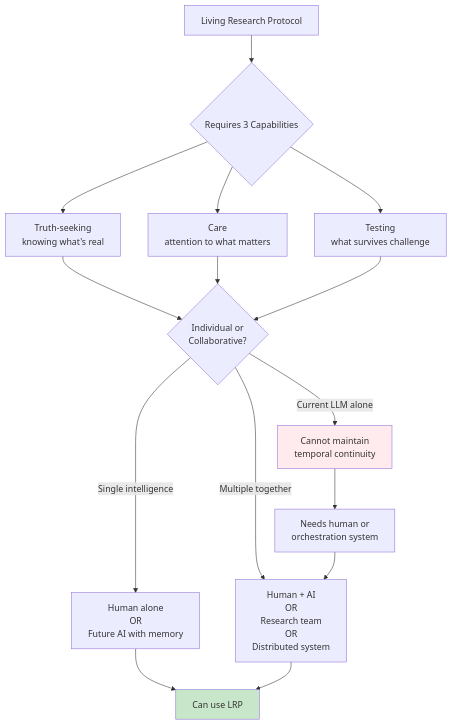
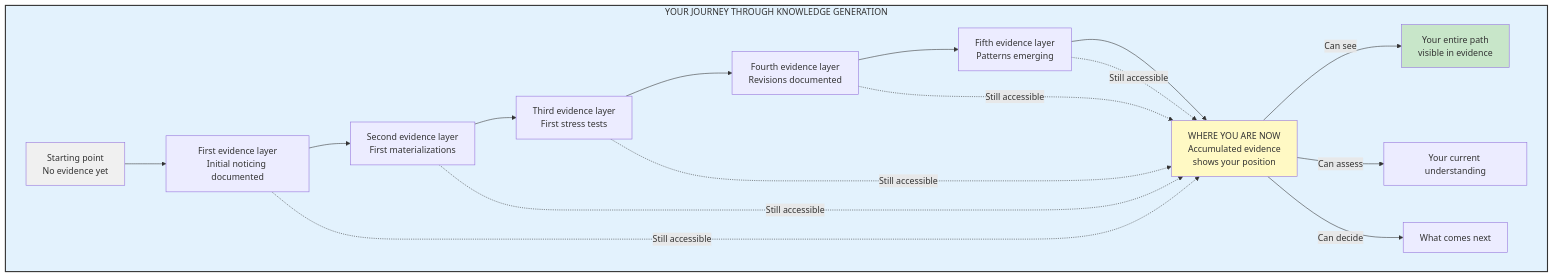
The fourth of 6 diagrams in LRP_Visual_Guide.md (NoEndsNoGains/living-research-protocol), drawn with Mermaid before and after one commit. The commit also changed other lines of this file, not shown here.

````diff
--- a/LRP_Visual_Guide.md
+++ b/LRP_Visual_Guide.md
@@ -138,28 +181,28 @@
 ```mermaid
-graph TD
-    Protocol[Living Research Protocol]
+graph TB
+    subgraph Journey[YOUR JOURNEY THROUGH KNOWLEDGE GENERATION]
+        Start[Starting point<br/>No evidence yet]
+        
+        Start --> Layer1[First evidence layer<br/>Initial noticing documented]
+        Layer1 --> Layer2[Second evidence layer<br/>First materializations]
+        Layer2 --> Layer3[Third evidence layer<br/>First stress tests]
+        Layer3 --> Layer4[Fourth evidence layer<br/>Revisions documented]
+        Layer4 --> Layer5[Fifth evidence layer<br/>Patterns emerging]
+        Layer5 --> Now[WHERE YOU ARE NOW<br/>Accumulated evidence<br/>shows your position]
+        
+        Now -->|Can see| Path[Your entire path<br/>visible in evidence]
+        Now -->|Can assess| Position[Your current understanding]
+        Now -->|Can decide| Next[What comes next]
+        
+        Layer1 -.Still accessible.-> Now
+        Layer2 -.Still accessible.-> Now
+        Layer3 -.Still accessible.-> Now
+        Layer4 -.Still accessible.-> Now
+        Layer5 -.Still accessible.-> Now
+    end
     
-    Protocol --> Requires{Requires 3 Capabilities}
-    
-    Requires --> Truth[Truth-seeking<br/>knowing what's real]
-    Requires --> Love[Care<br/>attention to what matters]
-    Requires --> Rigor[Testing<br/>what survives challenge]
-    
-    Truth --> How{Individual or<br/>Collaborative?}
-    Love --> How
-    Rigor --> How
-    
-    How -->|Single intelligence| Solo[Human alone<br/>OR<br/>Future AI with memory]
-    
-    How -->|Multiple together| Collab[Human + AI<br/>OR<br/>Research team<br/>OR<br/>Distributed system]
-    
-    Solo --> Works[Can use LRP]
-    Collab --> Works
-    
-    How -->|Current LLM alone| Limited[Cannot maintain<br/>temporal continuity]
-    Limited --> Need[Needs human or<br/>orchestration system]
-    Need --> Collab
-    
-    style Works fill:#c8e6c9
-    style Limited fill:#ffebee
+    style Start fill:#f0f0f0
+    style Now fill:#fff9c4
+    style Path fill:#c8e6c9
+    style Journey fill:#e3f2fd,stroke:#333,stroke-width:2px
 ```
````
